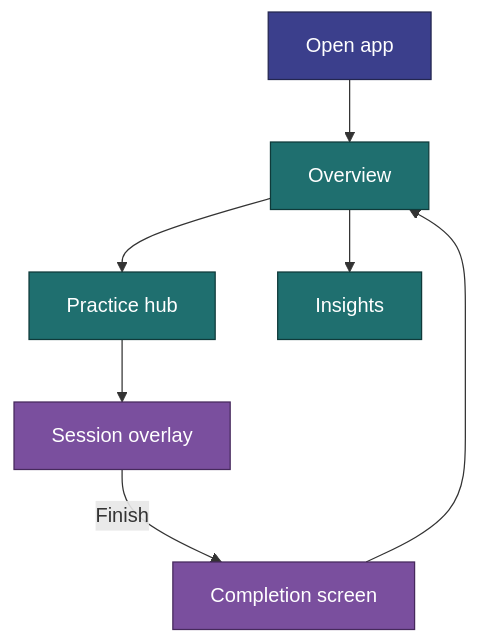
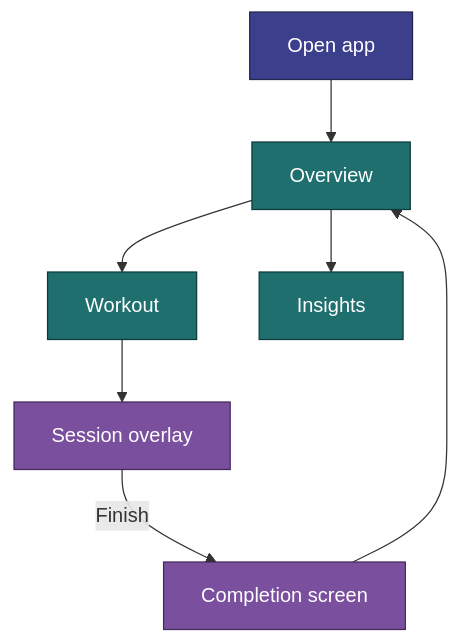
Before and after one commit to jermbo/CosmicWorkOut: the first of 3 diagrams in docs/implementation/behavior.md, drawn with Mermaid. The commit also changed other lines of this file and 8 other files, not shown here.

````diff
--- a/docs/implementation/behavior.md
+++ b/docs/implementation/behavior.md
@@ -19,16 +19,16 @@
 ```mermaid
 flowchart TB
     Boot[Open app] --> Overview[Overview]
-    Overview --> Practice[Practice hub]
-    Practice --> Session[Session overlay]
+    Overview --> Workout[Workout]
+    Workout --> Session[Session overlay]
     Session -->|Finish| Done[Completion screen]
     Done --> Overview
     Overview --> Insights[Insights]
 
     classDef entry fill:#3b3f8c,stroke:#23264f,color:#ffffff;
     classDef screen fill:#1f6f6f,stroke:#0f3a3a,color:#ffffff;
     classDef session fill:#7a4f9e,stroke:#46295c,color:#ffffff;
     class Boot entry;
-    class Overview,Practice,Insights screen;
+    class Overview,Workout,Insights screen;
     class Session,Done session;
 ```
````
